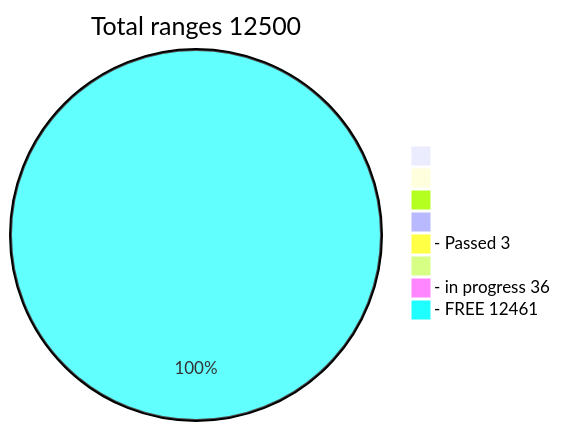
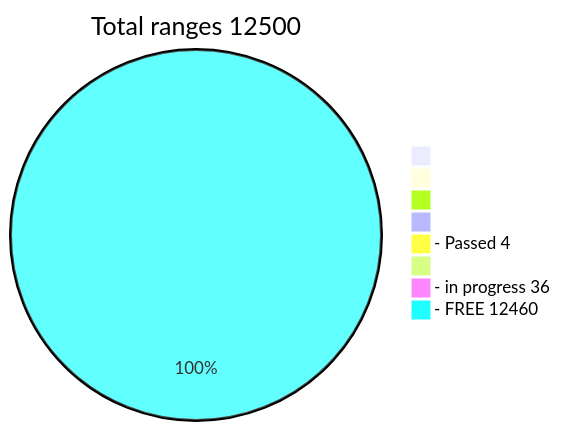
One commit to phrutis/Passphrases changed the diagram in Others/Table.md. Above: the diagram before and after it, drawn with Mermaid.

````diff
--- a/Others/Table.md
+++ b/Others/Table.md
@@ -1,12 +1,12 @@
 ```mermaid
 pie title Total ranges 12500
              " " : 0
             "  " : 0
            "   " : 0
           "    " : 0
-  "- Passed 3" : 3
+  "- Passed 4" : 4
          "     " : 0
   "- in progress 36" : 36
-   "- FREE 12461" : 12461
+   "- FREE 12460" : 12460
    
 ```
````
